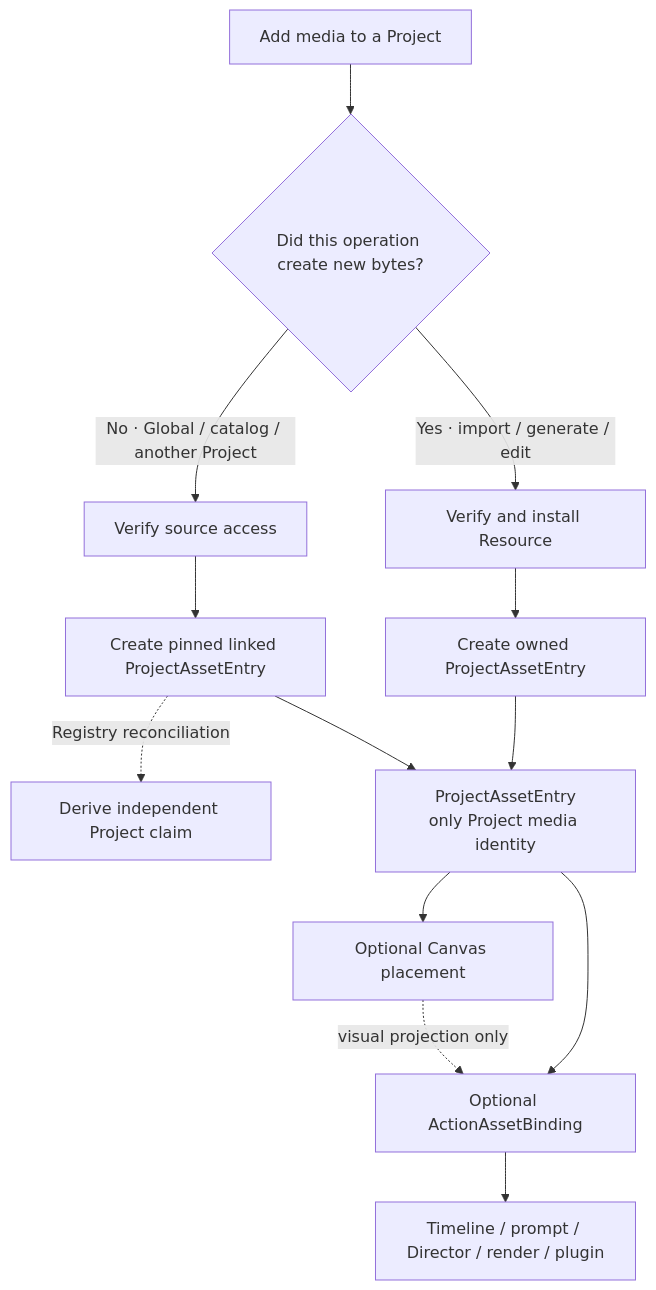
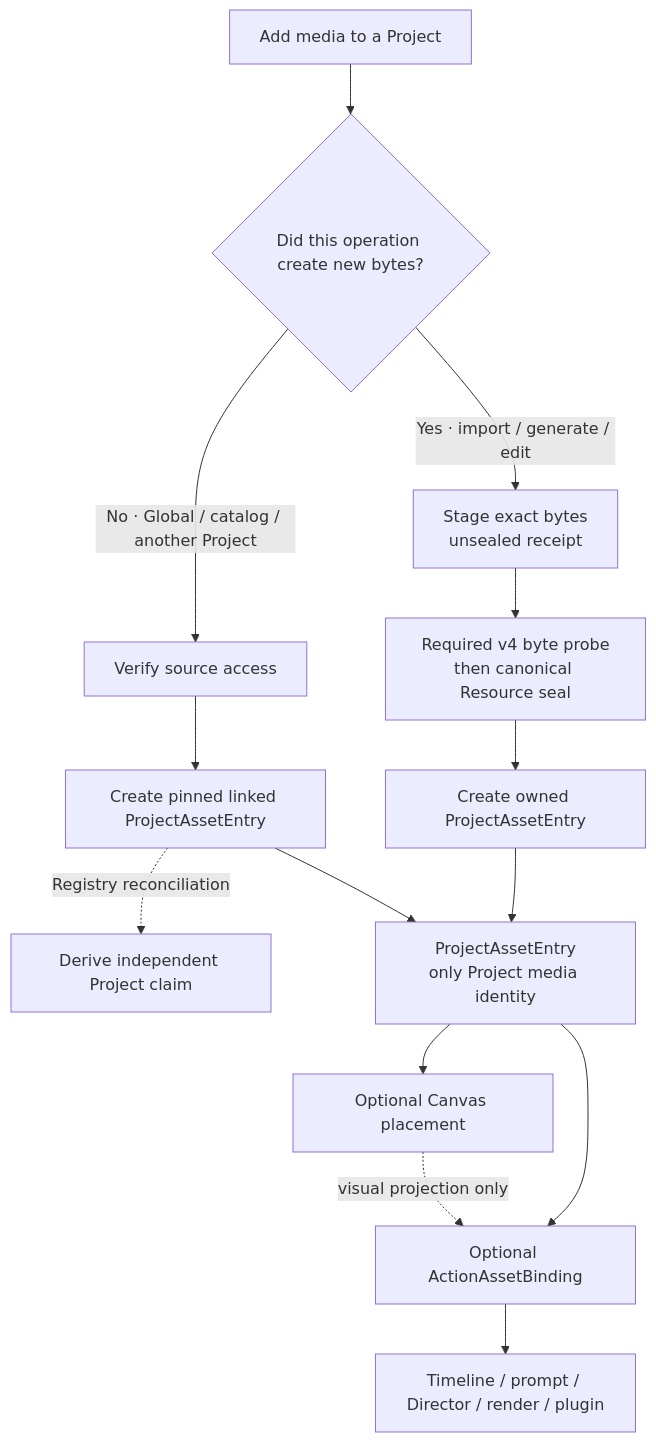
Before and after one commit to clash-space/clash: the third of 7 diagrams in apps/docs/guide/asset-system.md, drawn with Mermaid. The commit also changed other lines of this file and 63 other files, not shown here.

Commit message:
feat: seal local asset L0/L1 pipeline

````diff
--- a/apps/docs/guide/asset-system.md
+++ b/apps/docs/guide/asset-system.md
@@ -158,15 +158,16 @@
 ```mermaid
 flowchart TD
   start["Add media to a Project"] --> source{"Did this operation create new bytes?"}
-  source -->|"Yes · import / generate / edit"| install["Verify and install Resource"]
-  install --> owned["Create owned ProjectAssetEntry"]
+  source -->|"Yes · import / generate / edit"| staging["Stage exact bytes\nunsealed receipt"]
+  staging --> finalize["Required v4 byte probe\nthen canonical Resource seal"]
+  finalize --> owned["Create owned ProjectAssetEntry"]
   source -->|"No · Global / catalog / another Project"| access["Verify source access"]
   access --> linked["Create pinned linked ProjectAssetEntry"]
   linked -. "Registry reconciliation" .-> claim["Derive independent Project claim"]
   owned --> projectAsset["ProjectAssetEntry\nonly Project media identity"]
   linked --> projectAsset
   projectAsset --> place["Optional Canvas placement"]
   projectAsset --> bind["Optional ActionAssetBinding"]
   bind --> use["Timeline / prompt / Director / render / plugin"]
   place -. "visual projection only" .-> bind
 ```
````
